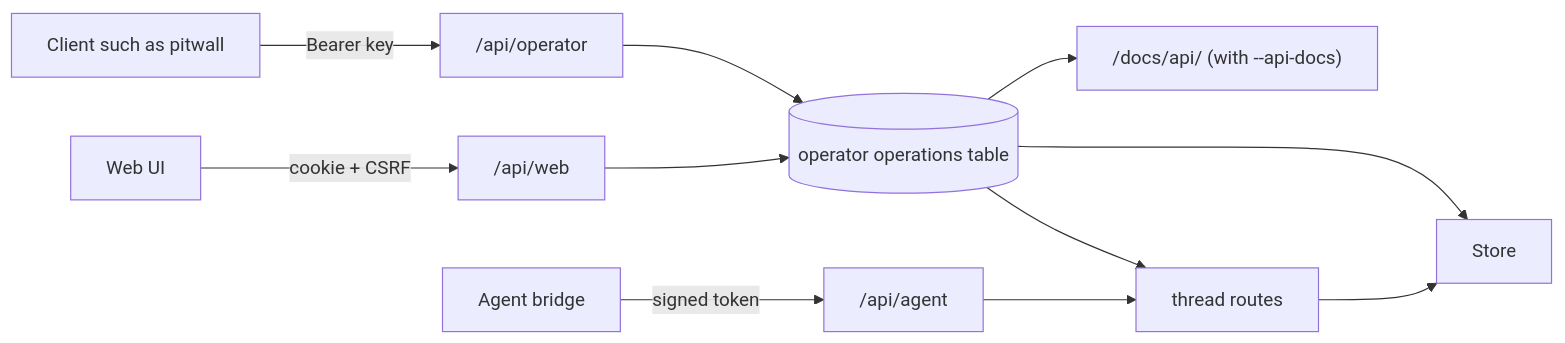
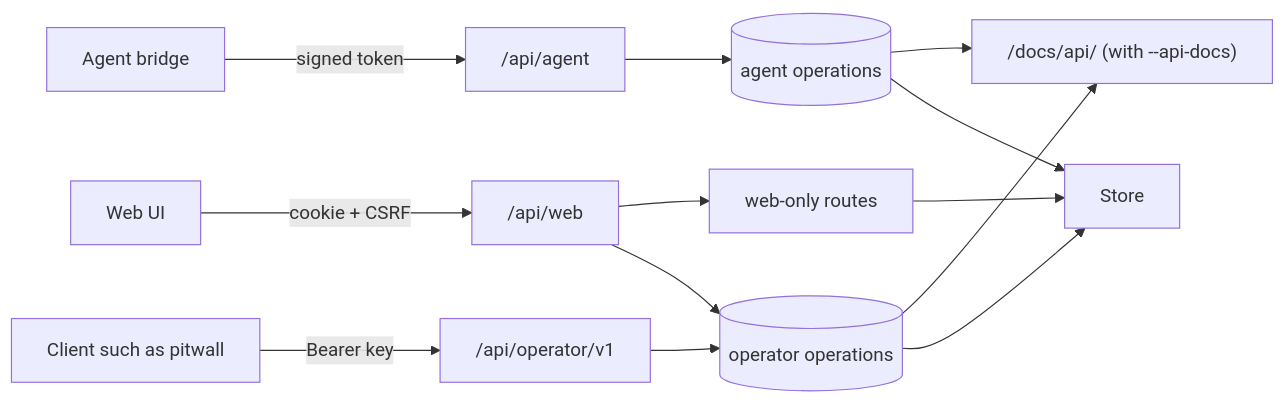
One commit to WayfarerLabs/agention changed the diagram in docs/sdd/2026-11-21-operator-api/hla.md. Above: the diagram before and after it, drawn with Mermaid. The commit also changed other lines of this file and 2 other files, not shown here.

Commit message:
docs(sdd): fold the operator's rulings and the complexity review into the operator API

````diff
--- a/docs/sdd/2026-11-21-operator-api/hla.md
+++ b/docs/sdd/2026-11-21-operator-api/hla.md
@@ -10,13 +11,15 @@
 ```mermaid
 flowchart LR
   ui[Web UI] -- cookie + CSRF --> web["/api/web"]
-  client[Client such as pitwall] -- "Bearer key" --> op["/api/operator"]
+  client[Client such as pitwall] -- "Bearer key" --> op["/api/operator/v1"]
   agent[Agent bridge] -- signed token --> ag["/api/agent"]
-  web --> table[(operator operations table)]
-  op --> table
-  ag --> threads[thread routes]
-  table --> threads
-  table --> store[Store]
-  threads --> store
-  table --> docs["/docs/api/ (with --api-docs)"]
+  web --> operatorOps[(operator operations)]
+  web --> webRoutes[web-only routes]
+  op --> operatorOps
+  ag --> agentOps[(agent operations)]
+  operatorOps --> store[Store]
+  agentOps --> store
+  webRoutes --> store
+  operatorOps --> docs["/docs/api/ (with --api-docs)"]
+  agentOps --> docs
 ```
````
